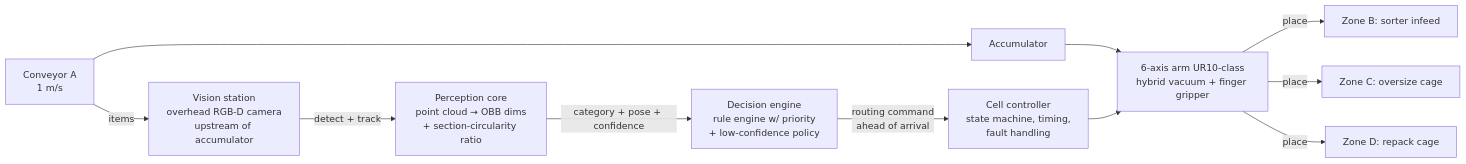
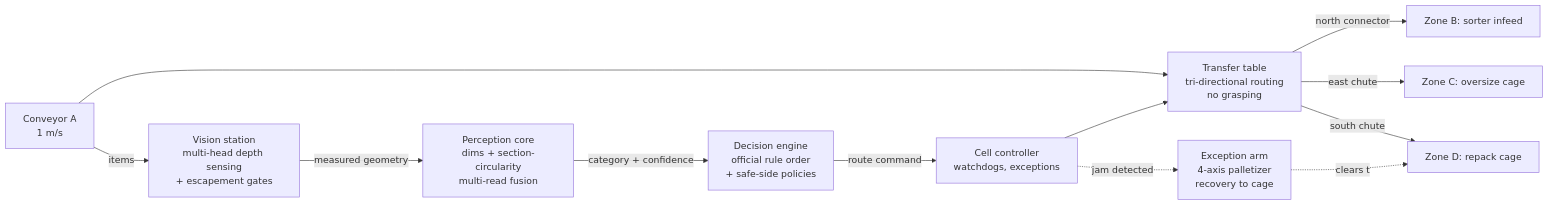
Before and after one commit to richizam/ozone-tech_yosolo_487: the diagram in README.md, drawn with Mermaid. The commit also changed other lines of this file and 16 other files, not shown here.

First line of the commit message:
Transfer table = primary executive, arm = exception recovery

````diff
--- a/README.md
+++ b/README.md
@@ -34,13 +34,14 @@
 ```mermaid
 flowchart LR
-    A[Conveyor A<br/>1 m/s] -->|items| VS[Vision station<br/>overhead RGB-D camera<br/>upstream of accumulator]
-    VS -->|detect + track| PC[Perception core<br/>point cloud → OBB dims<br/>+ section-circularity ratio]
-    PC -->|category + pose + confidence| DE[Decision engine<br/>rule engine w/ priority<br/>+ low-confidence policy]
-    DE -->|routing command<br/>ahead of arrival| CTRL[Cell controller<br/>state machine, timing,<br/>fault handling]
-    A --> ACC[Accumulator]
-    ACC --> ARM[6-axis arm UR10-class<br/>hybrid vacuum + finger gripper]
-    CTRL --> ARM
-    ARM -->|place| B[Zone B: sorter infeed]
-    ARM -->|place| C[Zone C: oversize cage]
-    ARM -->|place| D[Zone D: repack cage]
+    A[Conveyor A<br/>1 m/s] -->|items| VS[Vision station<br/>multi-head depth sensing<br/>+ escapement gates]
+    VS -->|measured geometry| PC[Perception core<br/>dims + section-circularity<br/>multi-read fusion]
+    PC -->|category + confidence| DE[Decision engine<br/>official rule order<br/>+ safe-side policies]
+    DE -->|route command| CTRL[Cell controller<br/>watchdogs, exceptions]
+    A --> TT[Transfer table<br/>tri-directional routing<br/>no grasping]
+    CTRL --> TT
+    TT -->|north connector| B[Zone B: sorter infeed]
+    TT -->|east chute| C[Zone C: oversize cage]
+    TT -->|south chute| D[Zone D: repack cage]
+    CTRL -.jam detected.-> ARM[Exception arm<br/>4-axis palletizer<br/>recovery to cage]
+    ARM -.clears to.-> D
 ```
````
